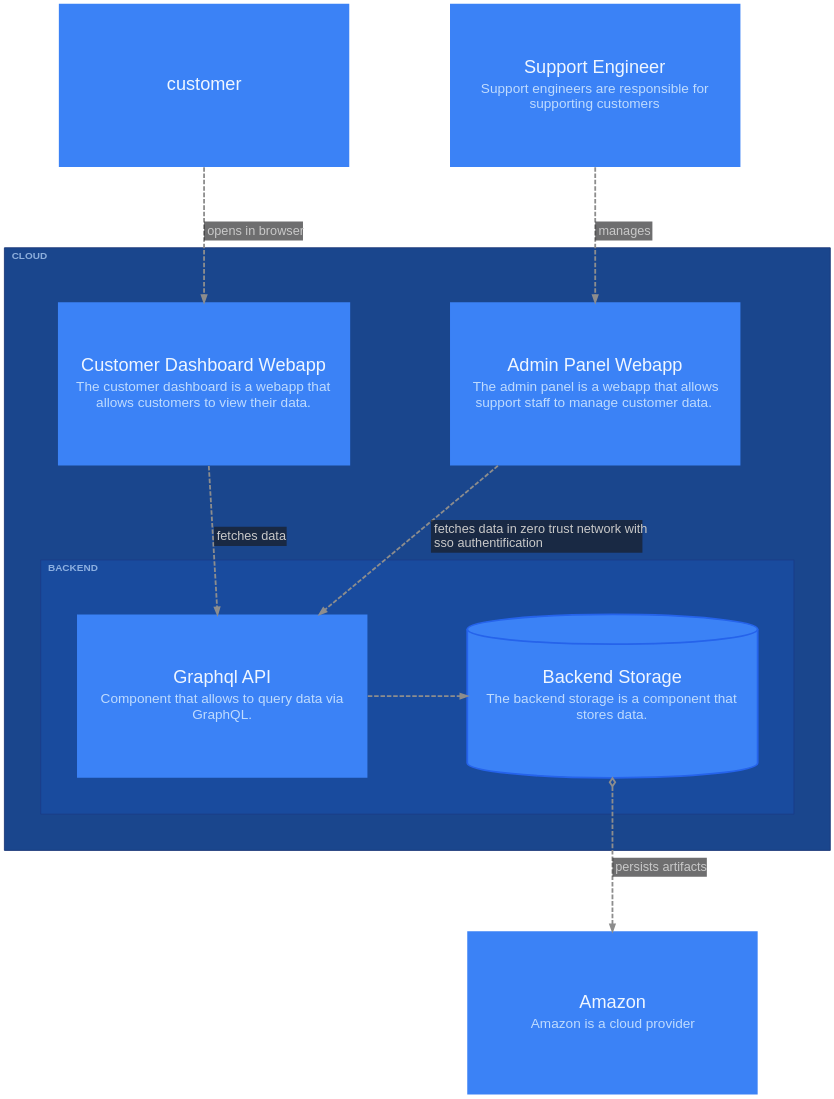
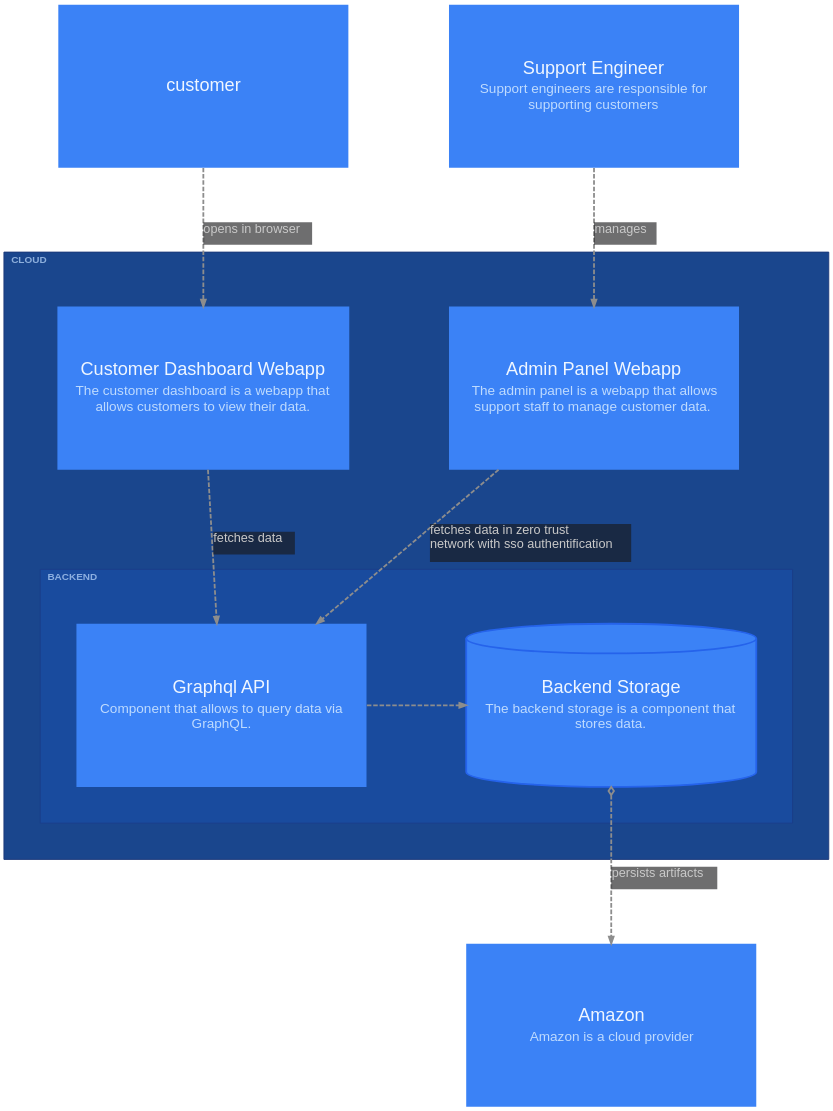
One commit to likec4/likec4 changed the diagram in packages/layouts/src/graphviz/__snapshots__/ElementViewPrinter-cloud3levels.dot. Above: the diagram before and after it, drawn with Graphviz. The commit also changed 48 other files, not shown here.

First line of the commit message:
feat: measure relationship labels with the diagram font

```diff
--- a/packages/layouts/src/graphviz/__snapshots__/ElementViewPrinter-cloud3levels.dot
+++ b/packages/layouts/src/graphviz/__snapshots__/ElementViewPrinter-cloud3levels.dot
@@ -1,157 +1,157 @@
 digraph {
   likec4_viewId = "cloud3levels";
   bgcolor = "transparent";
   layout = "dot";
   compound = true;
   rankdir = "TB";
   TBbalance = "min";
   splines = "spline";
   outputorder = "nodesfirst";
   nodesep = 1.528;
   ranksep = 1.667;
   pad = 0.209;
   fontname = "Arial";
   graph [
     fontsize = 20;
     labeljust = "l";
     labelloc = "t";
     margin = 50.1;
   ];
   edge [
     arrowsize = 0.75;
     fontname = "Arial";
     fontsize = 14;
     penwidth = 2;
     color = "#8D8D8D";
     fontcolor = "#C9C9C9";
     style = "dashed";
   ];
   node [
     fontname = "Arial";
     shape = "rect";
     fillcolor = "#3b82f6";
     fontcolor = "#eff6ff";
     color = "#2563eb";
     style = "filled";
     penwidth = 0;
   ];
   "customer" [
     likec4_id = "customer";
     likec4_level = 0;
     label = <<FONT POINT-SIZE="20">customer</FONT>>;
     margin = "0.223,0.223";
     width = 4.445;
     height = 2.5;
   ];
   "support" [
     likec4_id = "support";
     likec4_level = 0;
     label = <<TABLE BORDER="0" CELLPADDING="0" CELLSPACING="4"><TR><TD><FONT POINT-SIZE="20">Support Engineer</FONT></TD></TR><TR><TD><FONT POINT-SIZE="15" COLOR="#bfdbfe">Support engineers are responsible for<BR/>supporting customers</FONT></TD></TR></TABLE>>;
     margin = "0.223,0.223";
     width = 4.445;
     height = 2.5;
   ];
   "dashboard" [
     likec4_id = "cloud.frontend.dashboard";
     likec4_level = 1;
     label = <<TABLE BORDER="0" CELLPADDING="0" CELLSPACING="4"><TR><TD><FONT POINT-SIZE="20">Customer Dashboard Webapp</FONT></TD></TR><TR><TD><FONT POINT-SIZE="15" COLOR="#bfdbfe">The customer dashboard is a webapp that<BR/>allows customers to view their data.</FONT></TD></TR></TABLE>>;
     margin = "0.223,0.223";
     width = 4.445;
     height = 2.5;
     group = "cloud";
   ];
   "adminpanel" [
     likec4_id = "cloud.frontend.adminPanel";
     likec4_level = 1;
     label = <<TABLE BORDER="0" CELLPADDING="0" CELLSPACING="4"><TR><TD><FONT POINT-SIZE="20">Admin Panel Webapp</FONT></TD></TR><TR><TD><FONT POINT-SIZE="15" COLOR="#bfdbfe">The admin panel is a webapp that allows<BR/>support staff to manage customer data.</FONT></TD></TR></TABLE>>;
     margin = "0.223,0.223";
     width = 4.445;
     height = 2.5;
     group = "cloud";
   ];
   "graphql" [
     likec4_id = "cloud.backend.graphql";
     likec4_level = 2;
     label = <<TABLE BORDER="0" CELLPADDING="0" CELLSPACING="4"><TR><TD><FONT POINT-SIZE="20">Graphql API</FONT></TD></TR><TR><TD><FONT POINT-SIZE="15" COLOR="#bfdbfe">Component that allows to query data via<BR/>GraphQL.</FONT></TD></TR></TABLE>>;
     margin = "0.223,0.223";
     width = 4.445;
     height = 2.5;
     group = "cloud";
   ];
   "storage" [
     likec4_id = "cloud.backend.storage";
     likec4_level = 2;
     label = <<TABLE BORDER="0" CELLPADDING="0" CELLSPACING="4"><TR><TD><FONT POINT-SIZE="20">Backend Storage</FONT></TD></TR><TR><TD><FONT POINT-SIZE="15" COLOR="#bfdbfe">The backend storage is a component that<BR/>stores data.</FONT></TD></TR></TABLE>>;
     margin = "0.223,0";
     width = 4.445;
     height = 2.5;
     penwidth = 2;
     shape = "cylinder";
     group = "cloud";
   ];
   "amazon" [
     likec4_id = "amazon";
     likec4_level = 0;
     label = <<TABLE BORDER="0" CELLPADDING="0" CELLSPACING="4"><TR><TD><FONT POINT-SIZE="20">Amazon</FONT></TD></TR><TR><TD><FONT POINT-SIZE="15" COLOR="#bfdbfe">Amazon is a cloud provider</FONT></TD></TR></TABLE>>;
     margin = "0.223,0.223";
     width = 4.445;
     height = 2.5;
   ];
   subgraph "cluster_cloud" {
     likec4_id = "cloud";
     likec4_level = 0;
     likec4_depth = 2;
     fillcolor = "#1a468d";
     color = "#1c3979";
     style = "filled";
     margin = 40;
     label = <<FONT POINT-SIZE="11" COLOR="#bfdbfeb3"><B>CLOUD</B></FONT>>;
     "dashboard";
     "adminpanel";
     subgraph "cluster_backend" {
       likec4_id = "cloud.backend";
       likec4_level = 1;
       likec4_depth = 1;
       fillcolor = "#194b9e";
       color = "#1b3d88";
       style = "filled";
       margin = 40;
       label = <<FONT POINT-SIZE="11" COLOR="#bfdbfeb3"><B>BACKEND</B></FONT>>;
       "graphql";
       "storage";
     }
   }
   "customer" -> "dashboard" [
     likec4_id = "customer:cloud.frontend.dashboard";
-    label = <<TABLE BORDER="0" CELLPADDING="3" CELLSPACING="0" BGCOLOR="#18191BA0"><TR><TD ALIGN="TEXT" BALIGN="LEFT"><FONT POINT-SIZE="14">opens in browser</FONT></TD></TR></TABLE>>;
+    label = <<TABLE FIXEDSIZE="TRUE" WIDTH="120" HEIGHT="25" BORDER="0" CELLPADDING="0" CELLSPACING="0" BGCOLOR="#18191BA0"><TR><TD ALIGN="TEXT" BALIGN="LEFT"><FONT POINT-SIZE="14">opens in browser</FONT></TD></TR></TABLE>>;
     arrowhead = "normal";
   ];
   "support" -> "adminpanel" [
     likec4_id = "support:cloud.frontend.adminPanel";
-    label = <<TABLE BORDER="0" CELLPADDING="3" CELLSPACING="0" BGCOLOR="#18191BA0"><TR><TD ALIGN="TEXT" BALIGN="LEFT"><FONT POINT-SIZE="14">manages</FONT></TD></TR></TABLE>>;
+    label = <<TABLE FIXEDSIZE="TRUE" WIDTH="69" HEIGHT="25" BORDER="0" CELLPADDING="0" CELLSPACING="0" BGCOLOR="#18191BA0"><TR><TD ALIGN="TEXT" BALIGN="LEFT"><FONT POINT-SIZE="14">manages</FONT></TD></TR></TABLE>>;
     arrowhead = "normal";
   ];
   "adminpanel" -> "graphql" [
     likec4_id = "cloud.frontend.adminPanel:cloud.backend.graphql";
-    label = <<TABLE BORDER="0" CELLPADDING="3" CELLSPACING="0" BGCOLOR="#18191BA0"><TR><TD ALIGN="TEXT" BALIGN="LEFT"><FONT POINT-SIZE="14">fetches data in zero trust network with<BR/>sso authentification</FONT></TD></TR></TABLE>>;
+    label = <<TABLE FIXEDSIZE="TRUE" WIDTH="222" HEIGHT="42" BORDER="0" CELLPADDING="0" CELLSPACING="0" BGCOLOR="#18191BA0"><TR><TD ALIGN="TEXT" BALIGN="LEFT"><FONT POINT-SIZE="14">fetches data in zero trust<BR/>network with sso authentification</FONT></TD></TR></TABLE>>;
     arrowhead = "normal";
   ];
   "dashboard" -> "graphql" [
     likec4_id = "cloud.frontend.dashboard:cloud.backend.graphql";
-    label = <<TABLE BORDER="0" CELLPADDING="3" CELLSPACING="0" BGCOLOR="#18191BA0"><TR><TD ALIGN="TEXT" BALIGN="LEFT"><FONT POINT-SIZE="14">fetches data</FONT></TD></TR></TABLE>>;
+    label = <<TABLE FIXEDSIZE="TRUE" WIDTH="90" HEIGHT="25" BORDER="0" CELLPADDING="0" CELLSPACING="0" BGCOLOR="#18191BA0"><TR><TD ALIGN="TEXT" BALIGN="LEFT"><FONT POINT-SIZE="14">fetches data</FONT></TD></TR></TABLE>>;
     arrowhead = "normal";
   ];
   "storage" -> "amazon" [
     likec4_id = "cloud.backend.storage:amazon";
-    label = <<TABLE BORDER="0" CELLPADDING="3" CELLSPACING="0" BGCOLOR="#18191BA0"><TR><TD ALIGN="TEXT" BALIGN="LEFT"><FONT POINT-SIZE="14">persists artifacts</FONT></TD></TR></TABLE>>;
+    label = <<TABLE FIXEDSIZE="TRUE" WIDTH="117" HEIGHT="25" BORDER="0" CELLPADDING="0" CELLSPACING="0" BGCOLOR="#18191BA0"><TR><TD ALIGN="TEXT" BALIGN="LEFT"><FONT POINT-SIZE="14">persists artifacts</FONT></TD></TR></TABLE>>;
     arrowhead = "normal";
     arrowtail = "odiamond";
     dir = "both";
   ];
   "graphql" -> "storage" [
     likec4_id = "cloud.backend.graphql:cloud.backend.storage";
     weight = 3;
     arrowhead = "normal";
     minlen = 0;
   ];
 }
```
